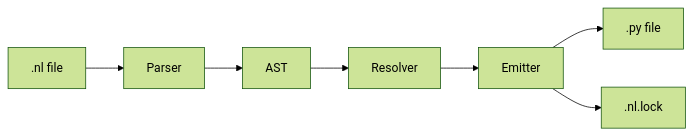
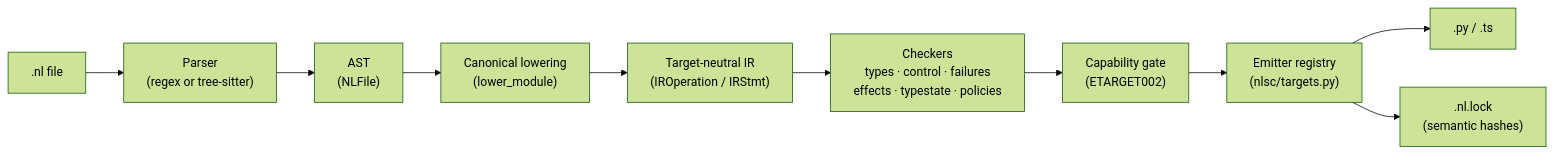
One commit to Mnehmos/mnehmos.nls.lang changed the diagram in docs/architecture.md. Above: the diagram before and after it, drawn with Mermaid (forest theme). The commit also changed other lines of this file and 8 other files, not shown here.

````diff
--- a/docs/architecture.md
+++ b/docs/architecture.md
@@ -7,9 +7,12 @@
 ```mermaid
 flowchart LR
-    A[".nl file"] --> B[Parser]
-    B --> C[AST]
-    C --> D[Resolver]
-    D --> E[Emitter]
-    E --> F[".py file"]
-    E --> G[".nl.lock"]
+    A[".nl file"] --> B["Parser<br/>(regex or tree-sitter)"]
+    B --> C["AST<br/>(NLFile)"]
+    C --> D["Canonical lowering<br/>(lower_module)"]
+    D --> E["Target-neutral IR<br/>(IROperation / IRStmt)"]
+    E --> F["Checkers<br/>types · control · failures<br/>effects · typestate · policies"]
+    F --> G["Capability gate<br/>(ETARGET002)"]
+    G --> H["Emitter registry<br/>(nlsc/targets.py)"]
+    H --> I[".py / .ts"]
+    H --> J[".nl.lock<br/>(semantic hashes)"]
 ```
````
